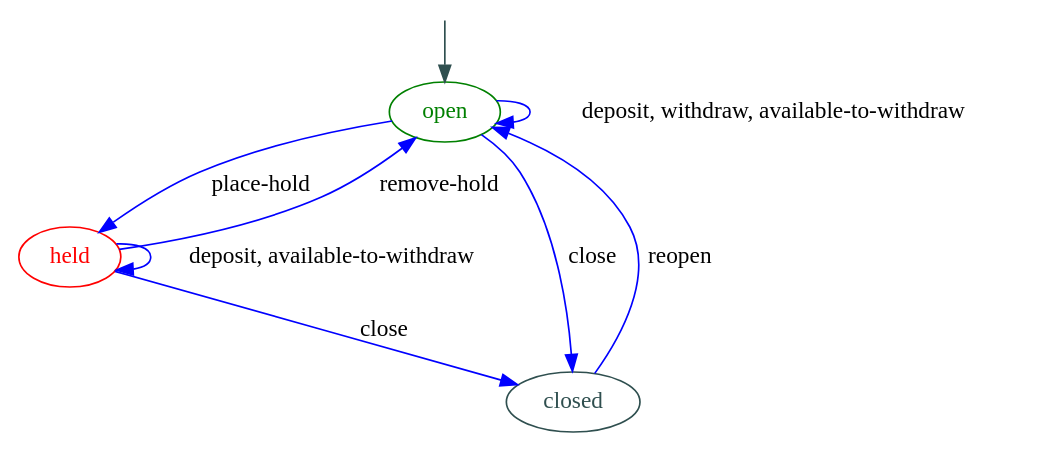
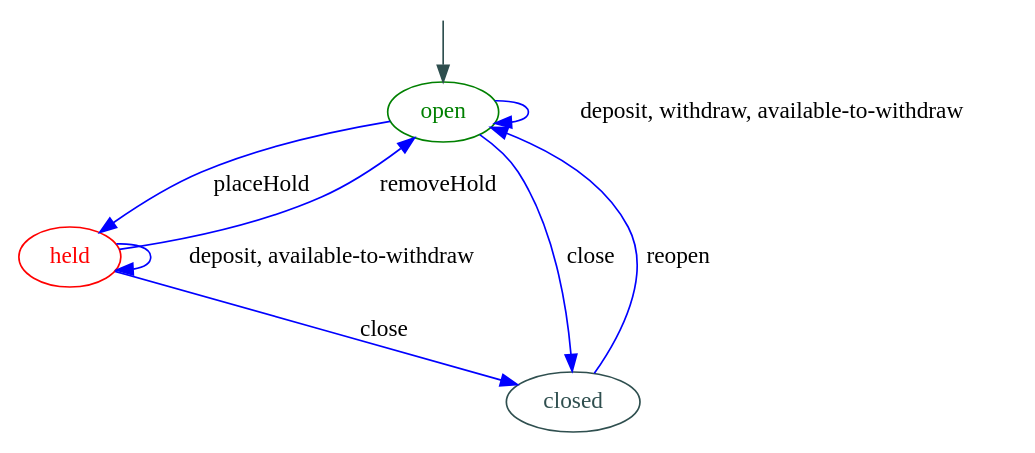
One commit to raganwald/raganwald.github.com changed the diagram in artefacts/account-final.gv. Above: the diagram before and after it, drawn with Graphviz. The commit also changed 5 other files, not shown here.

```diff
--- a/artefacts/account-final.gv
+++ b/artefacts/account-final.gv
@@ -1,21 +1,21 @@
 digraph Account {
 
   start [label="", fixedsize="false", width=0, height=0, shape=none];
   start -> open [color=darkslategrey];
 
   open [color=green, fontcolor=green];
 
   open -> open [color=blue, label="deposit, withdraw, available-to-withdraw"];
-  open -> held [color=blue, label="place-hold"];
+  open -> held [color=blue, label="placeHold"];
   open -> closed [color=blue, label="close"];
 
   held [color=red, fontcolor=red];
 
   held -> held [color=blue, label="deposit, available-to-withdraw"];
-  held -> open [color=blue, label="remove-hold"];
+  held -> open [color=blue, label="removeHold"];
   held -> closed [color=blue, label="close"];
 
   closed [color=darkslategrey, fontcolor=darkslategrey];
 
   closed -> open [color=blue, label="reopen"];
 }
```
